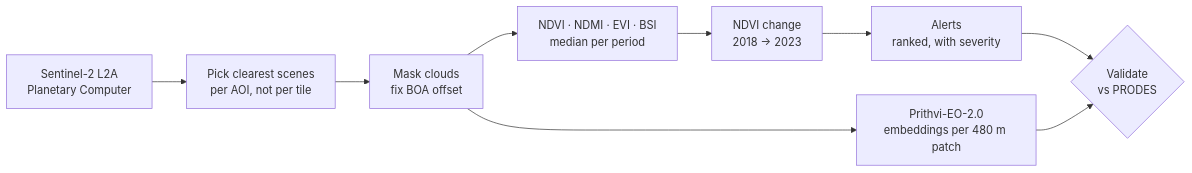
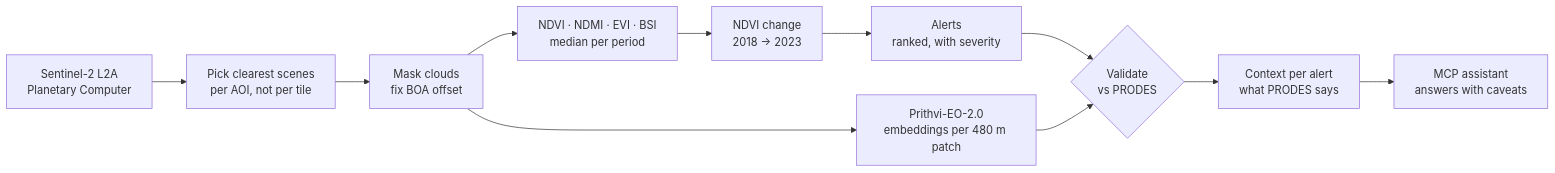
The diagram in README.md (AngelicaIseni/Deforestation-Detection), drawn with Mermaid before and after one commit. The commit also changed other lines of this file, not shown here.

````diff
--- a/README.md
+++ b/README.md
@@ -41,11 +42,13 @@
 ```mermaid
 flowchart LR
     A[Sentinel-2 L2A<br/>Planetary Computer] --> B[Pick clearest scenes<br/>per AOI, not per tile]
     B --> C[Mask clouds<br/>fix BOA offset]
     C --> D[NDVI · NDMI · EVI · BSI<br/>median per period]
     D --> E[NDVI change<br/>2018 → 2023]
     E --> F[Alerts<br/>ranked, with severity]
     F --> G{Validate<br/>vs PRODES}
     C --> P[Prithvi-EO-2.0<br/>embeddings per 480 m patch]
     P --> G
+    G --> H[Context per alert<br/>what PRODES says]
+    H --> I[MCP assistant<br/>answers with caveats]
 ```
````
